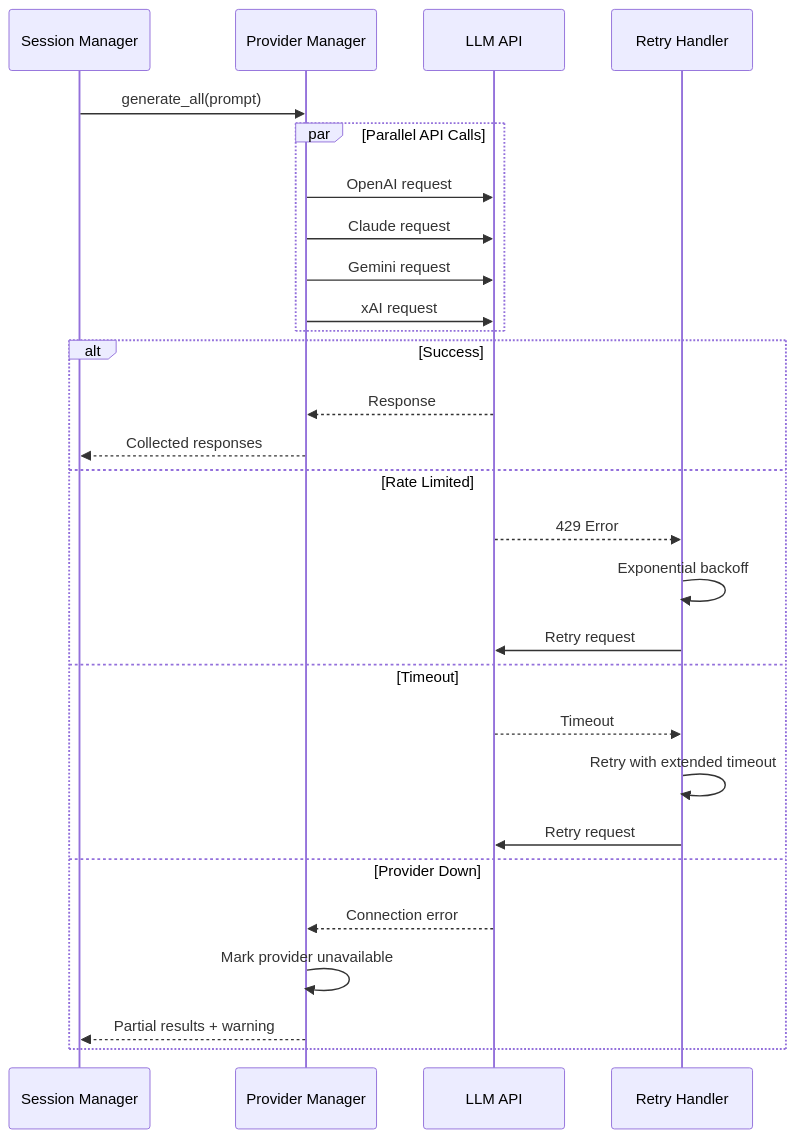
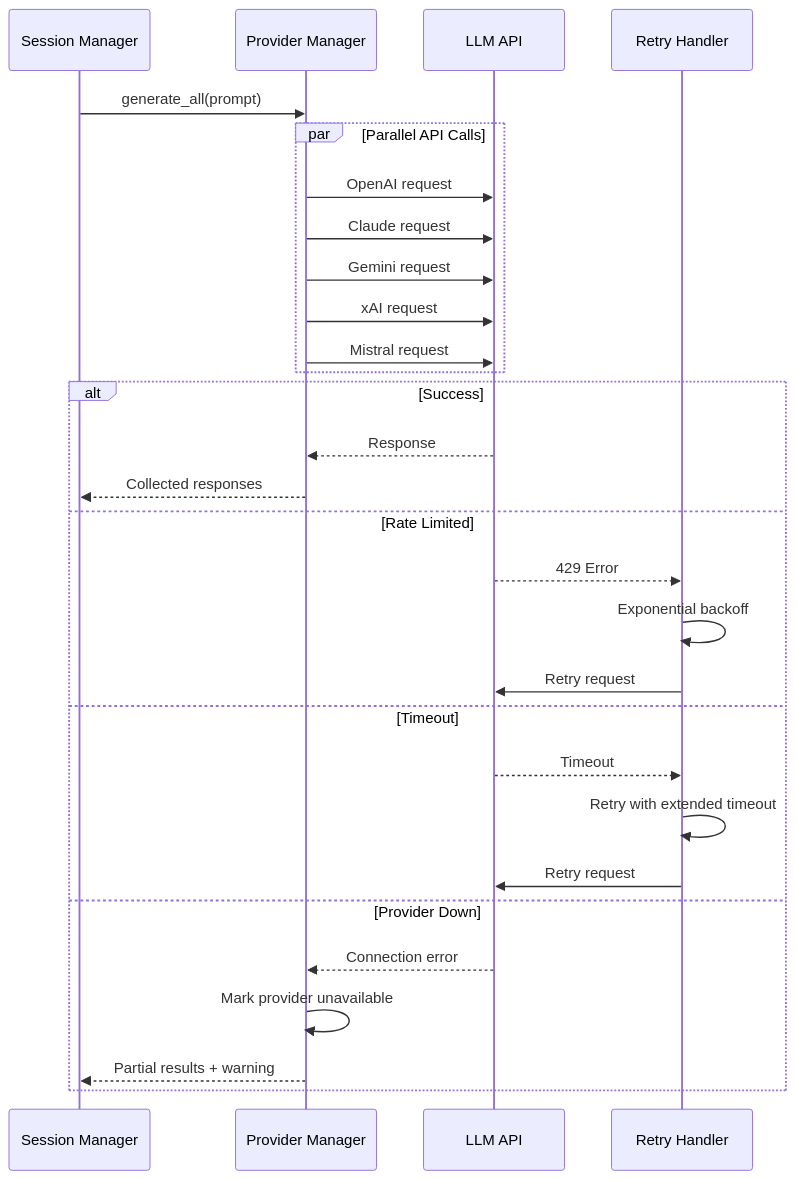
Diagram 14 of 19 in docs/ARCHITECTURE.md (rondilley/llm_compare), drawn with Mermaid before and after one commit. The commit also changed other lines of this file and 2 other files, not shown here.

````diff
--- a/docs/ARCHITECTURE.md
+++ b/docs/ARCHITECTURE.md
@@ -475,33 +486,34 @@
 ```mermaid
 sequenceDiagram
     participant SM as Session Manager
     participant PM as Provider Manager
     participant API as LLM API
     participant RETRY as Retry Handler
 
     SM->>PM: generate_all(prompt)
 
     par Parallel API Calls
         PM->>API: OpenAI request
         PM->>API: Claude request
         PM->>API: Gemini request
         PM->>API: xAI request
+        PM->>API: Mistral request
     end
 
     alt Success
         API-->>PM: Response
         PM-->>SM: Collected responses
     else Rate Limited
         API-->>RETRY: 429 Error
         RETRY->>RETRY: Exponential backoff
         RETRY->>API: Retry request
     else Timeout
         API-->>RETRY: Timeout
         RETRY->>RETRY: Retry with extended timeout
         RETRY->>API: Retry request
     else Provider Down
         API-->>PM: Connection error
         PM->>PM: Mark provider unavailable
         PM-->>SM: Partial results + warning
     end
 ```
````
